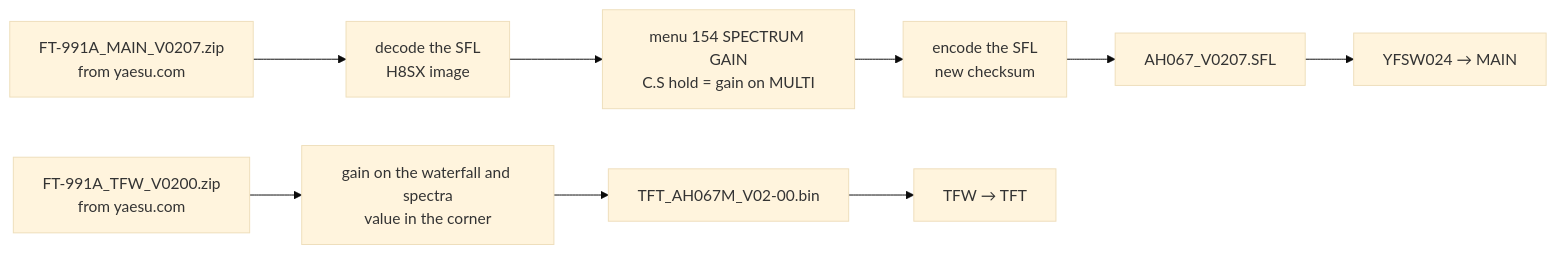
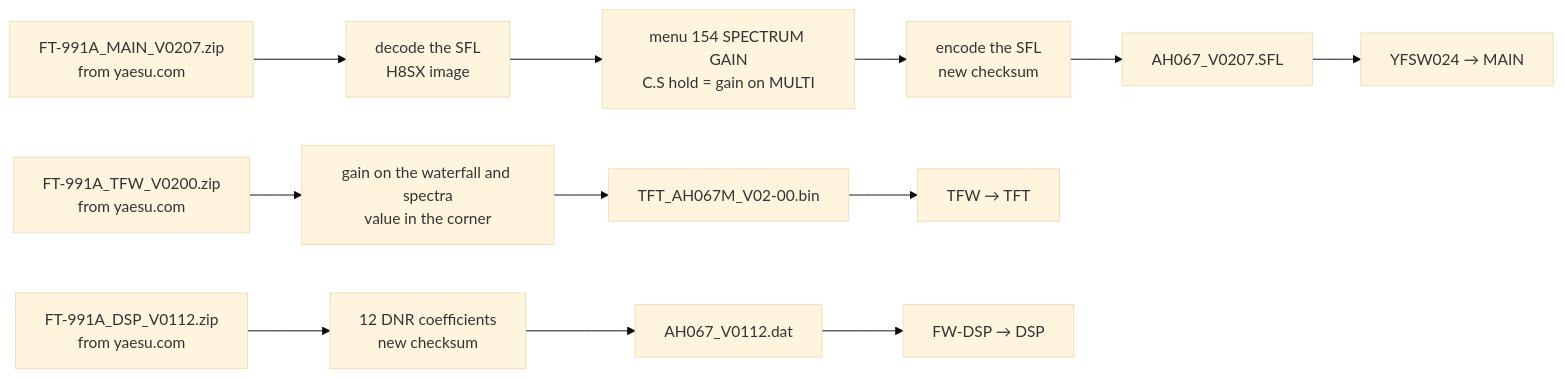
One commit to SP9TKN/ft991a-spectrum-gain changed the diagram in README.md. Above: the diagram before and after it, drawn with Mermaid (base theme). The commit also changed other lines of this file and 3 other files, not shown here.

First line of the commit message:
Optional DSP part: gentler DNR (12 coefficients)

````diff
--- a/README.md
+++ b/README.md
@@ -49,11 +57,14 @@
 ```mermaid
 flowchart LR
     Z1["FT-991A_MAIN_V0207.zip<br/>from yaesu.com"] --> D["decode the SFL<br/>H8SX image"]
     D --> P1["menu 154 SPECTRUM GAIN<br/>C.S hold = gain on MULTI"]
     P1 --> E["encode the SFL<br/>new checksum"]
     E --> M["AH067_V0207.SFL"]
     Z2["FT-991A_TFW_V0200.zip<br/>from yaesu.com"] --> P2["gain on the waterfall and spectra<br/>value in the corner"]
     P2 --> T["TFT_AH067M_V02-00.bin"]
     M --> Y["YFSW024 → MAIN"]
     T --> W["TFW → TFT"]
+    Z3["FT-991A_DSP_V0112.zip<br/>from yaesu.com"] --> P3["12 DNR coefficients<br/>new checksum"]
+    P3 --> S3["AH067_V0112.dat"]
+    S3 --> F3["FW-DSP → DSP"]
 ```
````
